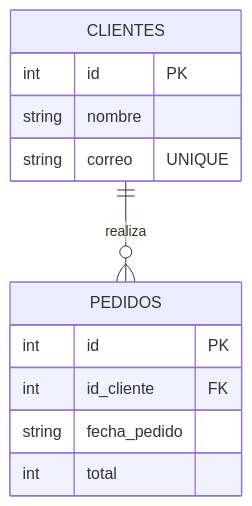
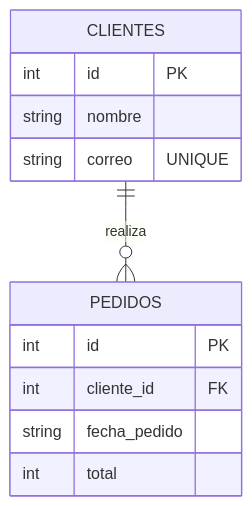
Before and after one commit to EniDev911/portfolio_crispy: the diagram in _posts/bases-de-datos/relaciones/sqlite/2021-02-02-sqlite-relaciones-de-tablas.md, drawn with Mermaid. The commit also changed other lines of this file and 7 other files, not shown here.

````diff
--- a/_posts/bases-de-datos/relaciones/sqlite/2021-02-02-sqlite-relaciones-de-tablas.md
+++ b/_posts/bases-de-datos/relaciones/sqlite/2021-02-02-sqlite-relaciones-de-tablas.md
@@ -46,17 +46,17 @@
 ```mermaid
 erDiagram
     CLIENTES {
         int id "PK"
         string nombre
         string correo "UNIQUE"
     }
     
     PEDIDOS {
         int id "PK"
-        int id_cliente "FK"
+        int cliente_id "FK"
         string fecha_pedido
         int total
     }
     
     CLIENTES ||--o{ PEDIDOS : "realiza"
 ```
````
